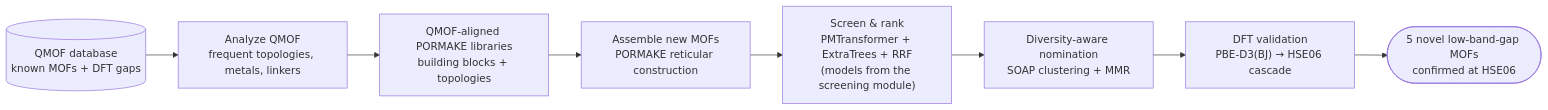
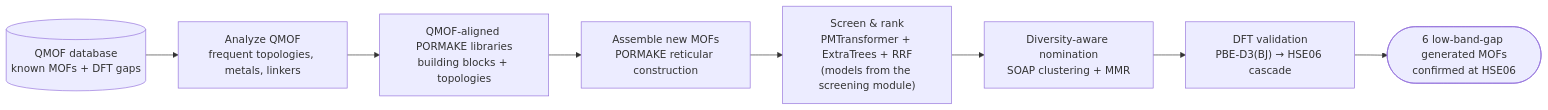
Before and after one commit to EYErbil/Rare-Property-Retrieval-in-MOFs: the diagram in generation/README.md, drawn with Mermaid. The commit also changed other lines of this file and 39 other files, not shown here.

````diff
--- a/generation/README.md
+++ b/generation/README.md
@@ -44,10 +44,10 @@
 ```mermaid
 flowchart LR
     QMOF[("QMOF database<br/>known MOFs + DFT gaps")] --> A["Analyze QMOF<br/>frequent topologies, metals, linkers"]
     A --> B["QMOF-aligned PORMAKE libraries<br/>building blocks + topologies"]
     B --> C["Assemble new MOFs<br/>PORMAKE reticular construction"]
     C --> D["Screen & rank<br/>PMTransformer + ExtraTrees + RRF<br/>(models from the screening module)"]
     D --> E["Diversity-aware nomination<br/>SOAP clustering + MMR"]
     E --> F["DFT validation<br/>PBE-D3(BJ) → HSE06 cascade"]
-    F --> G(["5 novel low-band-gap MOFs<br/>confirmed at HSE06"])
+    F --> G(["6 low-band-gap generated MOFs<br/>confirmed at HSE06"])
 ```
````
